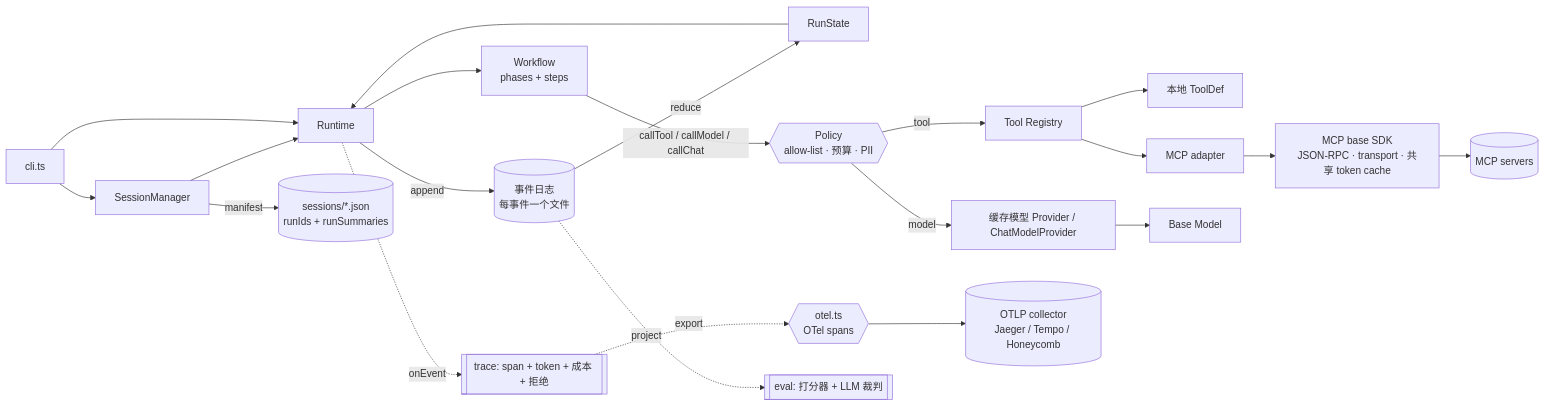
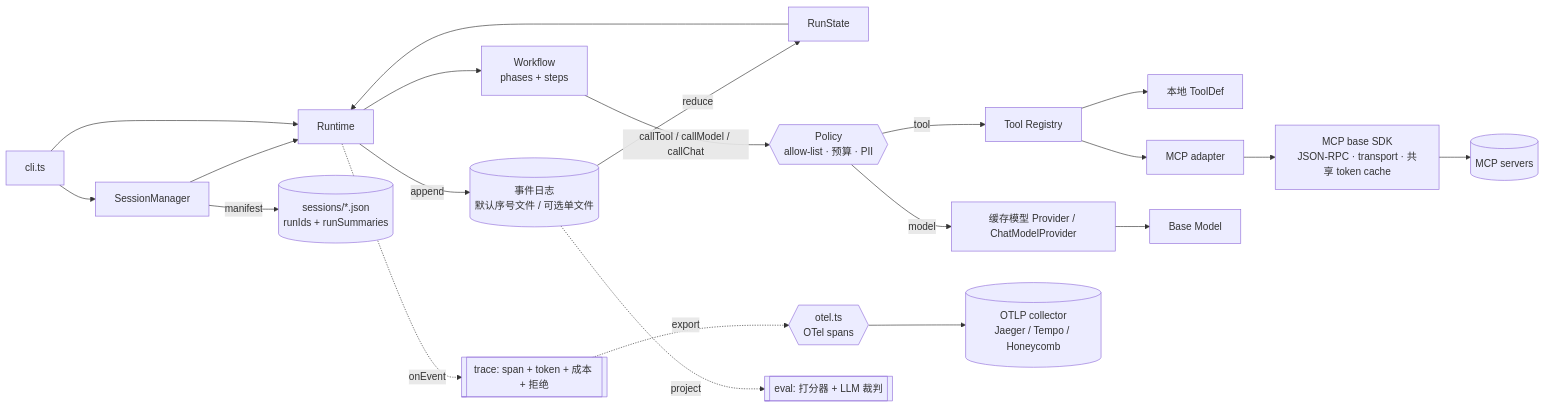
Before and after one commit to yanzhe-luomoyuyi/agent-runtime: the diagram in durable-agent-runtime/README.md, drawn with Mermaid. The commit also changed other lines of this file and 10 other files, not shown here.

````diff
--- a/durable-agent-runtime/README.md
+++ b/durable-agent-runtime/README.md
@@ -26,19 +26,19 @@
 ```mermaid
 flowchart LR
     CLI[cli.ts] --> SESS[SessionManager] --> RT[Runtime]
     CLI --> RT
-    RT -->|append| LOG[(事件日志<br/>每事件一个文件)]
+    RT -->|append| LOG[(事件日志<br/>默认序号文件 / 可选单文件)]
     LOG -->|reduce| ST[RunState]
     ST --> RT
     SESS -->|manifest| SMF[(sessions/*.json<br/>runIds + runSummaries)]
     RT --> WF[Workflow<br/>phases + steps]
     WF -->|callTool / callModel / callChat| POL{{Policy<br/>allow-list · 预算 · PII}}
     POL -->|tool| TR[Tool Registry]
     POL -->|model| MP[缓存模型 Provider / ChatModelProvider]
     TR --> LOCAL[本地 ToolDef]
     TR --> ADP[MCP adapter] --> SDK["MCP base SDK<br/>JSON-RPC · transport · 共享 token cache"] --> SRV[(MCP servers)]
     MP --> BASE[Base Model]
     RT -.onEvent.-> OBS[[trace: span + token + 成本 + 拒绝]]
     OBS -.export.-> OTEL{{otel.ts<br/>OTel spans}} --> COLLECTOR[(OTLP collector<br/>Jaeger / Tempo / Honeycomb)]
     LOG -.project.-> EVAL[[eval: 打分器 + LLM 裁判]]
 ```
````
